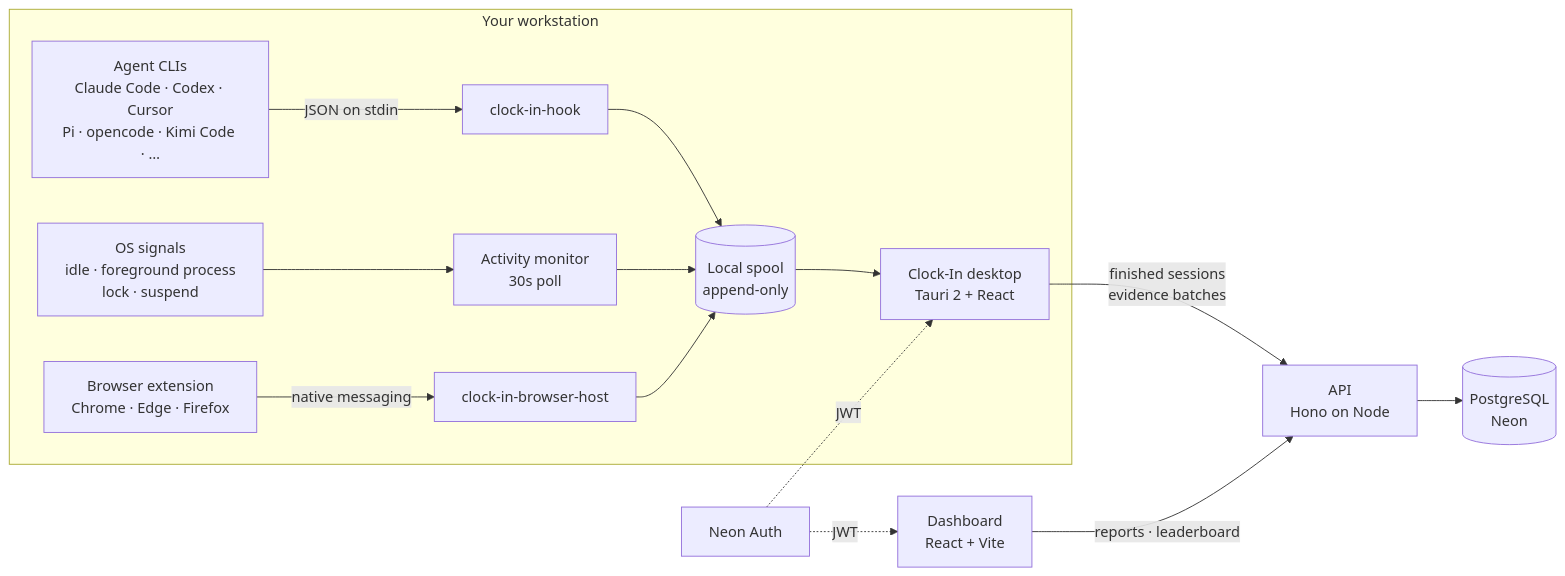
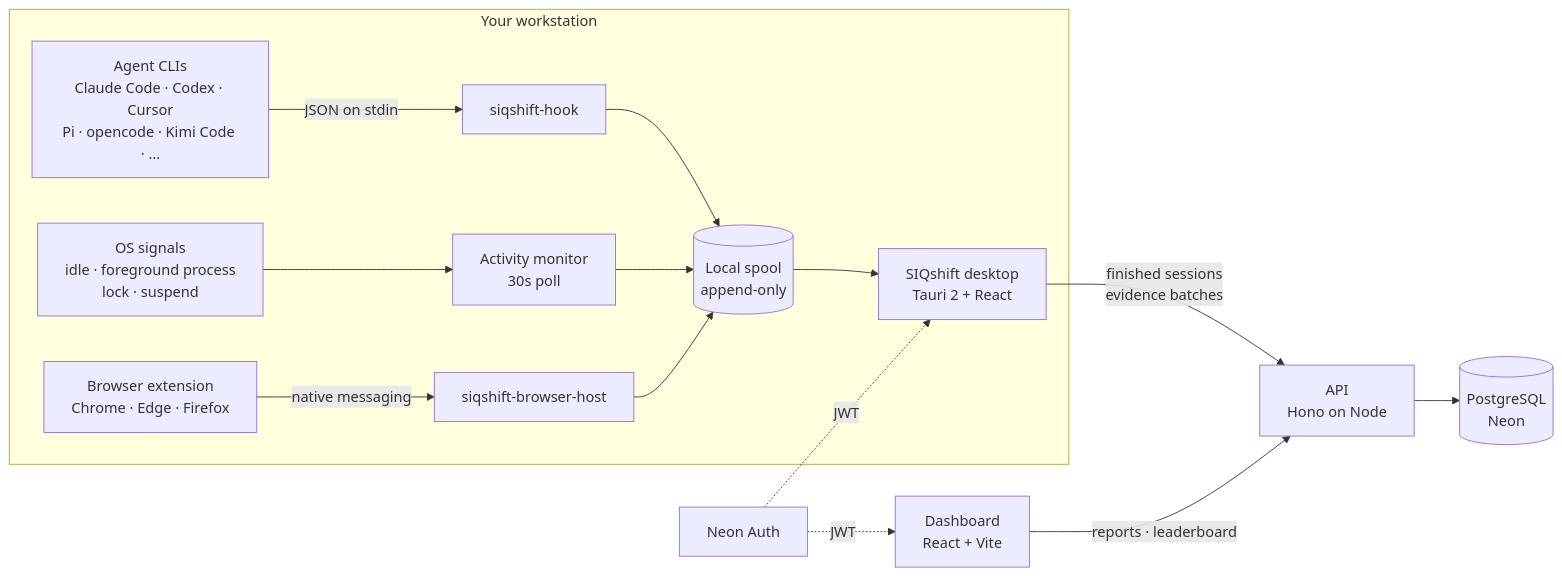
One commit to fpresta0607/Clock-In changed the diagram in README.md. Above: the diagram before and after it, drawn with Mermaid. The commit also changed other lines of this file and 148 other files, not shown here.

First line of the commit message:
rename: Clock-In is now SIQshift, top to bottom

````diff
--- a/README.md
+++ b/README.md
@@ -60,18 +60,18 @@
 ```mermaid
 flowchart LR
     subgraph WS["Your workstation"]
-        CLI["Agent CLIs<br/>Claude Code · Codex · Cursor<br/>Pi · opencode · Kimi Code · …"] -->|"JSON on stdin"| HOOK["clock-in-hook"]
+        CLI["Agent CLIs<br/>Claude Code · Codex · Cursor<br/>Pi · opencode · Kimi Code · …"] -->|"JSON on stdin"| HOOK["siqshift-hook"]
         OS["OS signals<br/>idle · foreground process<br/>lock · suspend"] --> MON["Activity monitor<br/>30s poll"]
-        EXT["Browser extension<br/>Chrome · Edge · Firefox"] -->|"native messaging"| HOST["clock-in-browser-host"]
+        EXT["Browser extension<br/>Chrome · Edge · Firefox"] -->|"native messaging"| HOST["siqshift-browser-host"]
         HOOK --> SPOOL[("Local spool<br/>append-only")]
         MON --> SPOOL
         HOST --> SPOOL
-        SPOOL --> APP["Clock-In desktop<br/>Tauri 2 + React"]
+        SPOOL --> APP["SIQshift desktop<br/>Tauri 2 + React"]
     end
 
     APP -->|"finished sessions<br/>evidence batches"| API["API<br/>Hono on Node"]
     WEB["Dashboard<br/>React + Vite"] -->|"reports · leaderboard"| API
     API --> DB[("PostgreSQL<br/>Neon")]
     AUTH["Neon Auth"] -.->|"JWT"| APP
     AUTH -.->|"JWT"| WEB
 ```
````
